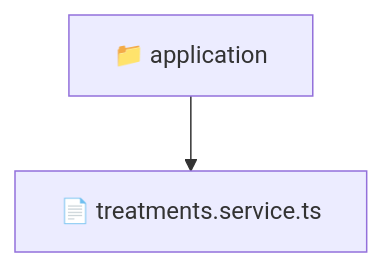
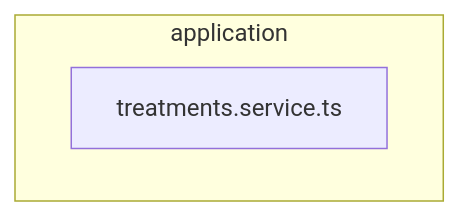
The diagram in backend/src/modules/treatments/application/README.md (beginwebdev2002/fullstack-mavluda), drawn with Mermaid before and after one commit. The commit also changed other lines of this file and 163 other files, not shown here.

````diff
--- a/backend/src/modules/treatments/application/README.md
+++ b/backend/src/modules/treatments/application/README.md
@@ -9,5 +15,6 @@
 ```mermaid
 graph TD
-  Root["📁 application"]
-  Root --> treatments_service_ts["📄 treatments.service.ts"]
+  subgraph application
+    treatments_service_ts["treatments.service.ts"]
+  end
 ```
````
